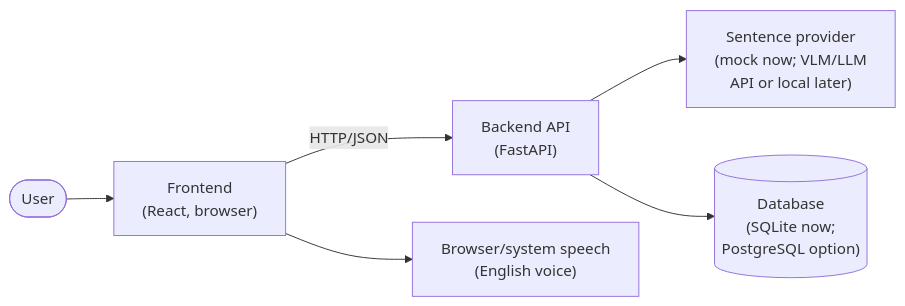
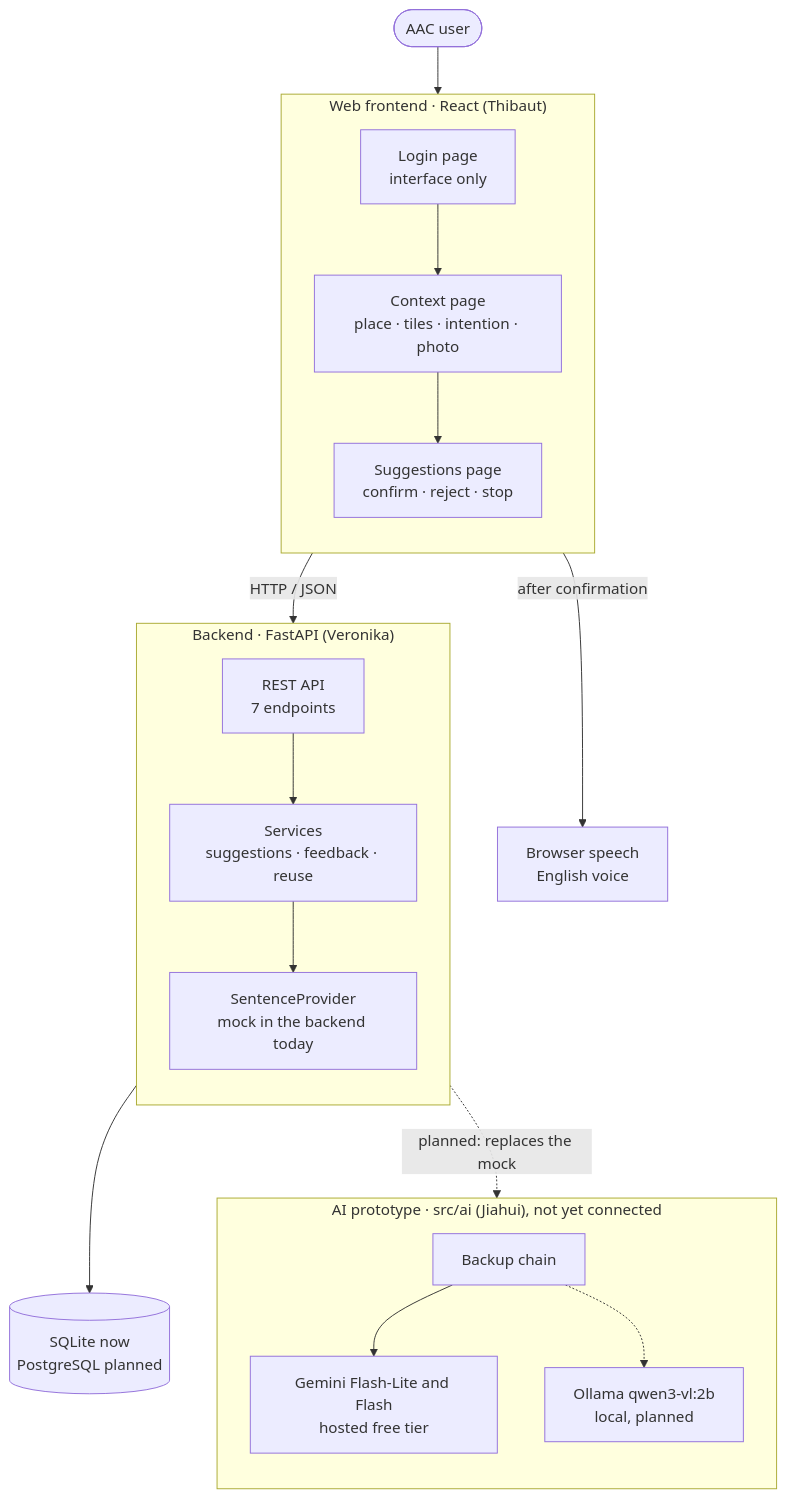
Before and after one commit to bhsei/26B: the first of 6 diagrams in docs/requirements/SRS.md, drawn with Mermaid. The commit also changed other lines of this file, not shown here.

Commit message:
W7 - SRS v0.4; Markdown version of review draft v0.3 with Mermaid diagrams of the real workflow, AI part corrected against the implementation, new requirements for fallback, prompt injection, reuse and no suggestions, exact limits restored

````diff
--- a/docs/requirements/SRS.md
+++ b/docs/requirements/SRS.md
@@ -109,8 +128,36 @@
 ```mermaid
-flowchart LR
-    U([User]) --> FE["Frontend<br/>(React, browser)"]
-    FE -- "HTTP/JSON" --> BE["Backend API<br/>(FastAPI)"]
-    FE --> TTS["Browser/system speech<br/>(English voice)"]
-    BE --> SP["Sentence provider<br/>(mock now; VLM/LLM<br/>API or local later)"]
-    BE --> DB[("Database<br/>(SQLite now;<br/>PostgreSQL option)")]
+flowchart TB
+    U([AAC user]) --> FE
+
+    subgraph FE["Web frontend · React (Thibaut)"]
+        direction TB
+        P1[Login page<br/>interface only]
+        P2[Context page<br/>place · tiles · intention · photo]
+        P3[Suggestions page<br/>confirm · reject · stop]
+        P1 --> P2 --> P3
+    end
+
+    FE -- "HTTP / JSON" --> API
+
+    subgraph BE["Backend · FastAPI (Veronika)"]
+        direction TB
+        API[REST API<br/>7 endpoints]
+        SVC[Services<br/>suggestions · feedback · reuse]
+        SP[SentenceProvider<br/>mock in the backend today]
+        API --> SVC --> SP
+    end
+
+    SVC --> DB[("SQLite now<br/>PostgreSQL planned")]
+    FE -- "after confirmation" --> TTS[Browser speech<br/>English voice]
+
+    subgraph AI["AI prototype · src/ai (Jiahui), not yet connected"]
+        direction TB
+        CH[Backup chain]
+        G[Gemini Flash-Lite and Flash<br/>hosted free tier]
+        O[Ollama qwen3-vl:2b<br/>local, planned]
+        CH --> G
+        CH -.-> O
+    end
+
+    SP -. "planned: replaces the mock" .-> CH
 ```
````
